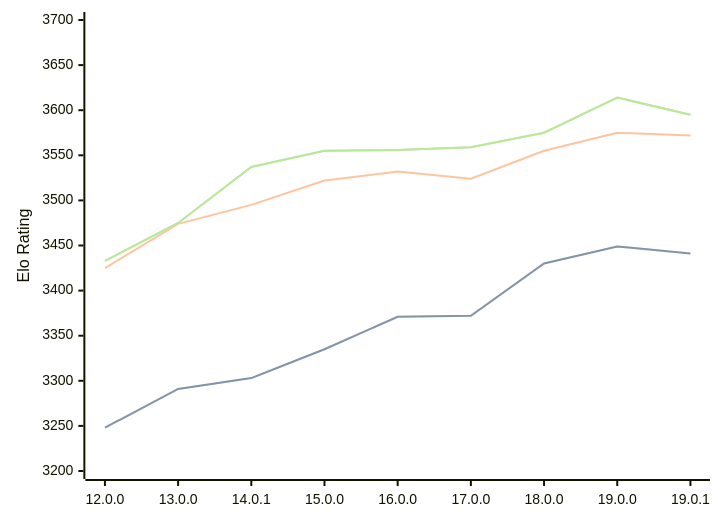
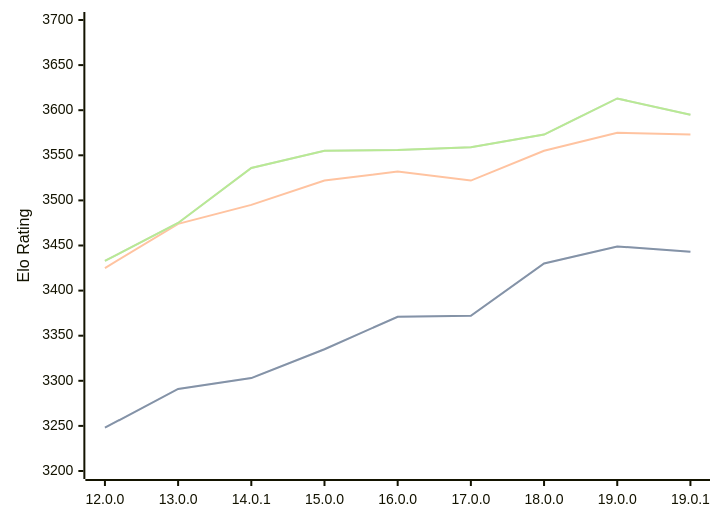
Before and after one commit to computer-chess-index/cci: the diagram in engines/Viridithas.md, drawn with Mermaid. The commit also changed other lines of this file, not shown here.

Commit message:
Update CCI Ratings (ELO VLTC) - 2026-03-06

````diff
--- a/engines/Viridithas.md
+++ b/engines/Viridithas.md
@@ -61,11 +61,11 @@
 ```mermaid
 %%{init: {"theme":"base","themeVariables":{"seriesColors:['#a3a3a3','#222221','#faa371']}}}%%
 xychart-beta
   x-axis ["12.0.0", "13.0.0", "14.0.1", "15.0.0", "16.0.0", "17.0.0", "18.0.0", "19.0.0", "19.0.1"]
   y-axis "Elo Rating" 3200 --> 3700
-  line "STC (8.0+0.08s)" [3248, 3291, 3303, 3335, 3371, 3372, 3430, 3449, 3441]
-  line "STC (8.0+0.08s)" [3248, 3291, 3303, 3335, 3371, 3372, 3430, 3449, 3441]
-  line "LTC (60.0+0.60s)" [3425, 3474, 3495, 3522, 3532, 3524, 3555, 3575, 3572]
-  line "VLTC (2m24s+1.12s)" [3433, 3475, 3537, 3555, 3556, 3559, 3575, 3614, 3595]
-  line "VLTC (2m24s+1.12s)" [3433, 3475, 3537, 3555, 3556, 3559, 3575, 3614, 3595]
+  line "STC (8.0+0.08s)" [3248, 3291, 3303, 3335, 3371, 3372, 3430, 3449, 3443]
+  line "STC (8.0+0.08s)" [3248, 3291, 3303, 3335, 3371, 3372, 3430, 3449, 3443]
+  line "LTC (60.0+0.60s)" [3425, 3474, 3495, 3522, 3532, 3522, 3555, 3575, 3573]
+  line "VLTC (2m24s+1.12s)" [3433, 3475, 3536, 3555, 3556, 3559, 3573, 3613, 3595]
+  line "VLTC (2m24s+1.12s)" [3433, 3475, 3536, 3555, 3556, 3559, 3573, 3613, 3595]
 ```
````
